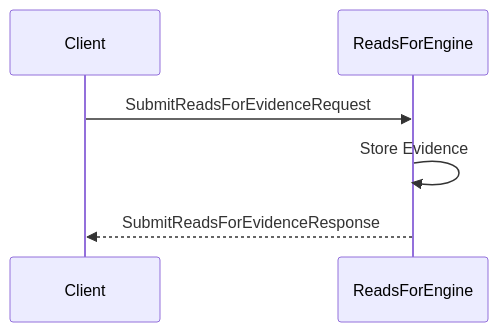
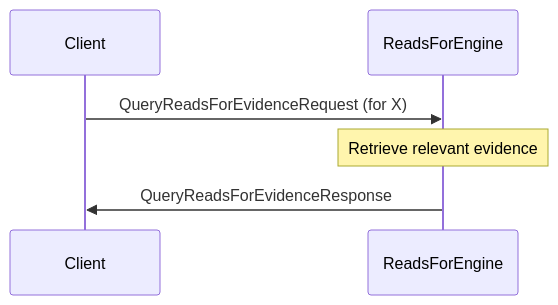
The third of 3 diagrams in docs/node_architecture/engines/reads_for_overview.juvix.md (anoma/nspec), drawn with Mermaid before and after one commit. The commit also changed other lines of this file and 9 other files, not shown here.

Commit message:
Clearn up sequence diagrams

````diff
--- a/docs/node_architecture/engines/reads_for_overview.juvix.md
+++ b/docs/node_architecture/engines/reads_for_overview.juvix.md
@@ -177,9 +198,9 @@
 ```mermaid
 sequenceDiagram
     participant Client
     participant ReadsForEngine
 
-    Client ->> ReadsForEngine: SubmitReadsForEvidenceRequest
-    ReadsForEngine ->> ReadsForEngine: Store Evidence
-    ReadsForEngine -->> Client: SubmitReadsForEvidenceResponse
+    Client->>ReadsForEngine: QueryReadsForEvidenceRequest (for X)
+    Note over ReadsForEngine: Retrieve relevant evidence
+    ReadsForEngine->>Client: QueryReadsForEvidenceResponse
 ```
````
